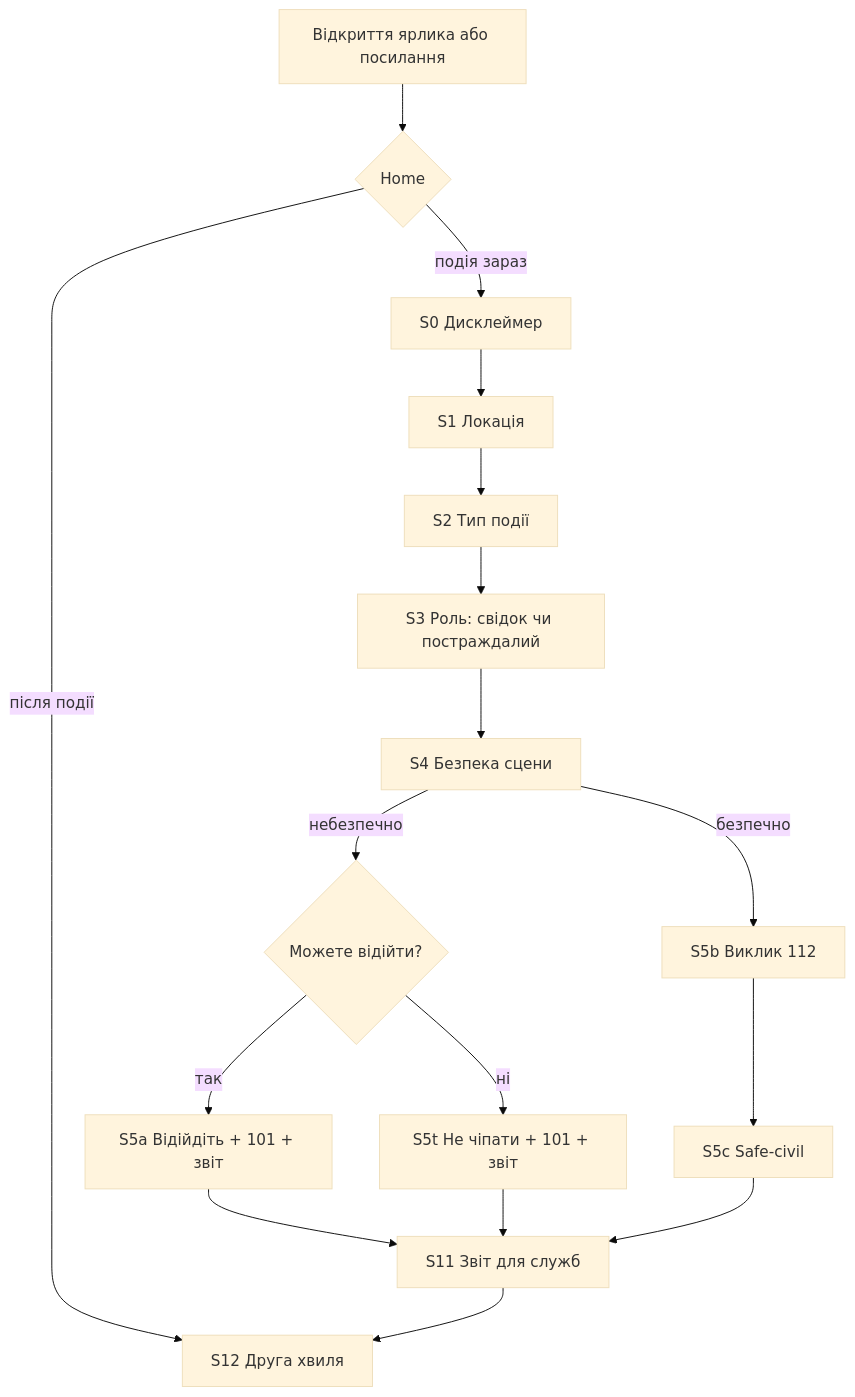
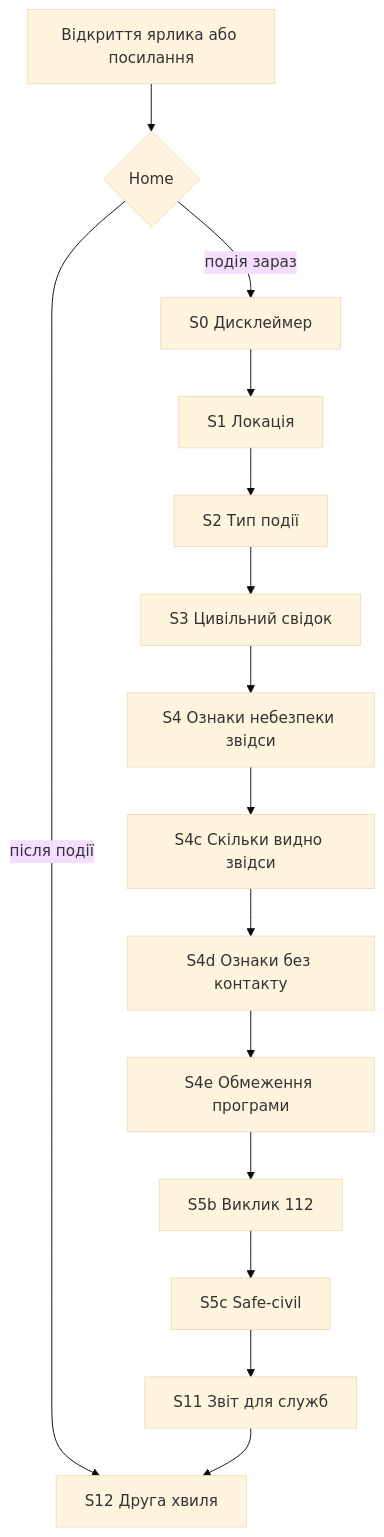
The diagram in docs/12-екрани-та-специфікація.md (kaiserdem/ZeroEchelon), drawn with Mermaid (base theme) before and after one commit. The commit also changed other lines of this file and 19 other files, not shown here.

````diff
--- a/docs/12-екрани-та-специфікація.md
+++ b/docs/12-екрани-та-специфікація.md
@@ -65,19 +65,17 @@
 ```mermaid
 flowchart TD
   Open["Відкриття ярлика або посилання"] --> Home{"Home"}
   Home -->|"подія зараз"| S0["S0 Дисклеймер"]
   S0 --> S1["S1 Локація"]
   Home -->|"після події"| S12["S12 Друга хвиля"]
   S1 --> S2["S2 Тип події"]
-  S2 --> S3["S3 Роль: свідок чи постраждалий"]
-  S3 --> S4["S4 Безпека сцени"]
-  S4 -->|"небезпечно"| CanLeave{"Можете відійти?"}
-  CanLeave -->|"так"| S5a["S5a Відійдіть + 101 + звіт"]
-  CanLeave -->|"ні"| S5t["S5t Не чіпати + 101 + звіт"]
-  S4 -->|"безпечно"| S5b["S5b Виклик 112"]
-  S5a --> S11
-  S5t --> S11
+  S2 --> S3["S3 Цивільний свідок"]
+  S3 --> S4["S4 Ознаки небезпеки звідси"]
+  S4 --> S4c["S4c Скільки видно звідси"]
+  S4c --> S4d["S4d Ознаки без контакту"]
+  S4d --> S4e["S4e Обмеження програми"]
+  S4e --> S5b["S5b Виклик 112"]
   S5b --> S5c["S5c Safe-civil"]
   S5c --> S11["S11 Звіт для служб"]
   S11 --> S12
 ```
````
